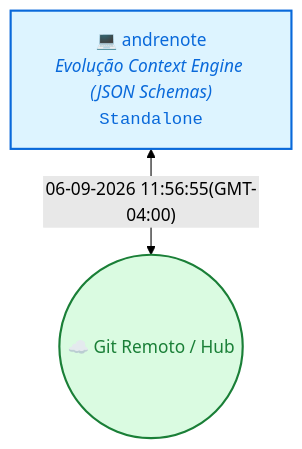
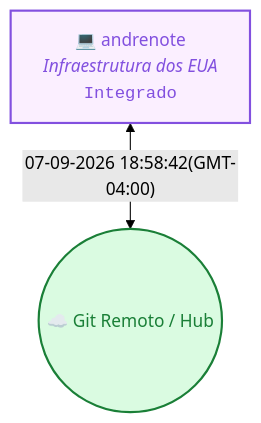
One commit to vitalia-platform/vitalia-sdd-context changed the diagram in README.md. Above: the diagram before and after it, drawn with Mermaid (forest theme). The commit also changed other lines of this file and 11 other files, not shown here.

````diff
--- a/README.md
+++ b/README.md
@@ -20,8 +20,8 @@
 ```mermaid
 flowchart TD
   Cloud(("☁️ Git Remoto / Hub"))
-  M_7f367bd3["💻 andrenote<br/><i>Evolução Context Engine (JSON Schemas)</i><br/><code>Standalone</code>"]
-  M_7f367bd3 <-->|"06-09-2026 11:56:55(GMT-04:00)"| Cloud
-  style M_7f367bd3 stroke:#0969da,stroke-width:2px,fill:#ddf4ff,color:#0969da
+  M_7f367bd3["💻 andrenote<br/><i>Infraestrutura dos EUA</i><br/><code>Integrado</code>"]
+  M_7f367bd3 <-->|"07-09-2026 18:58:42(GMT-04:00)"| Cloud
+  style M_7f367bd3 stroke:#8250df,stroke-width:2px,fill:#fbefff,color:#8250df
   style Cloud stroke:#1a7f37,stroke-width:2px,fill:#dafbe1,color:#1a7f37
 ```
````
